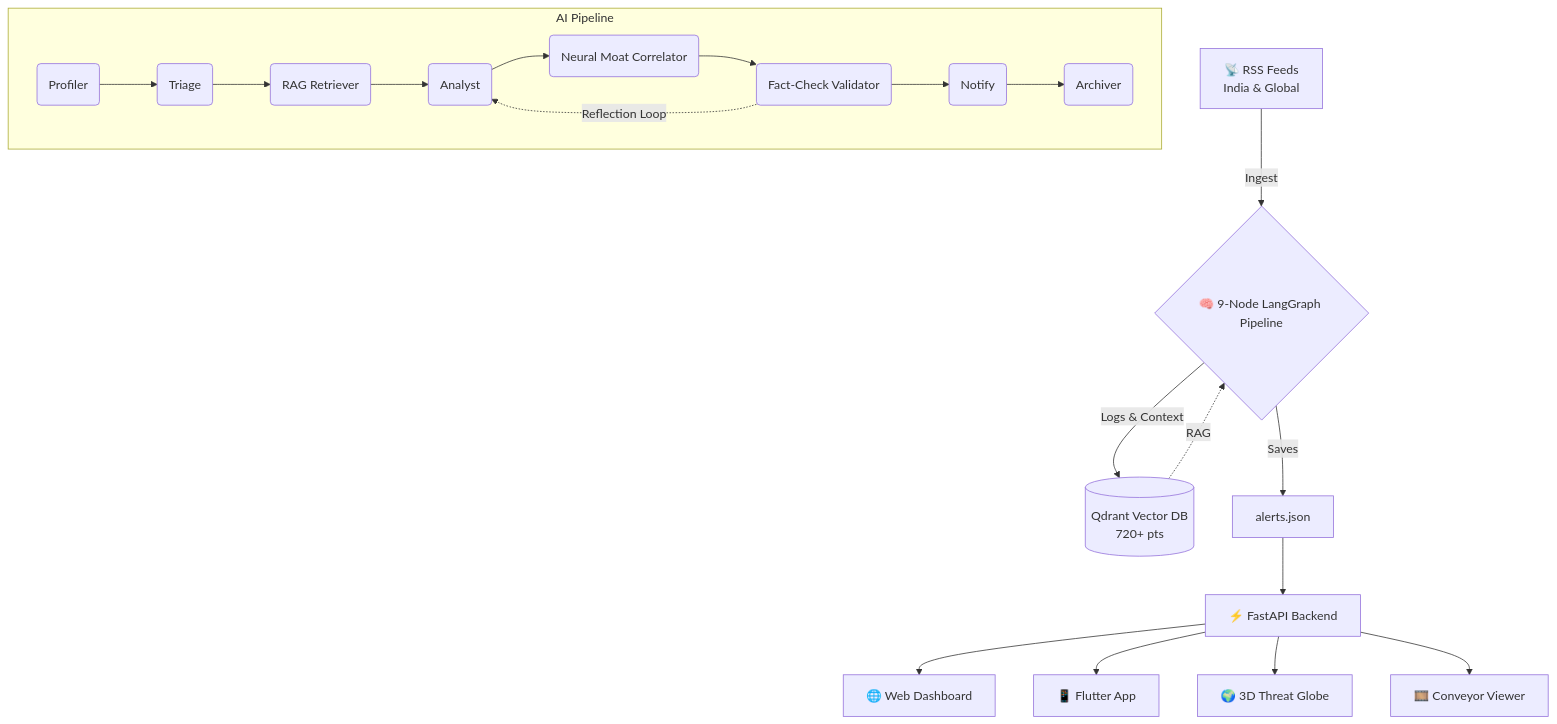
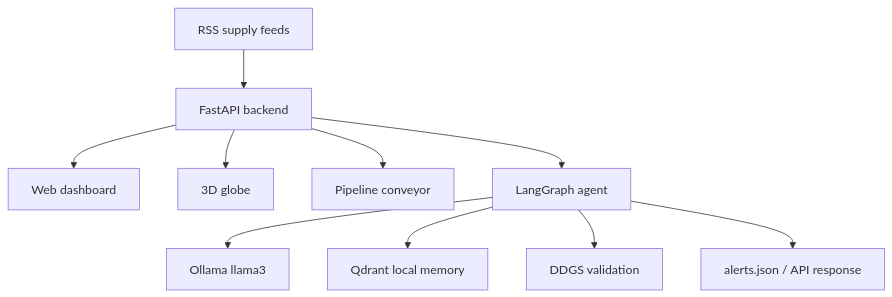
The diagram in README.md (pranavmacha/Google-Solution-Challenge), drawn with Mermaid before and after one commit. The commit also changed other lines of this file and 14 other files, not shown here.

````diff
--- a/README.md
+++ b/README.md
@@ -42,25 +19,12 @@
 ```mermaid
 graph TD
-    A[📡 RSS Feeds<br>India & Global] -->|Ingest| B{🧠 9-Node LangGraph Pipeline}
-    
-    subgraph AI Pipeline
-    B1(Profiler) --> B2(Triage)
-    B2 --> B3(RAG Retriever)
-    B3 --> B4(Analyst)
-    B4 --> B5(Neural Moat Correlator)
-    B5 --> B6(Fact-Check Validator)
-    B6 -.->|Reflection Loop| B4
-    B6 --> B7(Notify)
-    B7 --> B8(Archiver)
-    end
-    
-    B -->|Logs & Context| C[(Qdrant Vector DB<br>720+ pts)]
-    C -.->|RAG| B
-    B -->|Saves| D[alerts.json]
-    
-    D --> E[⚡ FastAPI Backend]
-    E --> F[🌐 Web Dashboard]
-    E --> G[📱 Flutter App]
-    E --> H[🌍 3D Threat Globe]
-    E --> I[🎞️ Conveyor Viewer]
+    A[RSS supply feeds] --> B[FastAPI backend]
+    B --> C[Web dashboard]
+    B --> D[3D globe]
+    B --> E[Pipeline conveyor]
+    B --> F[LangGraph agent]
+    F --> G[Ollama llama3]
+    F --> H[Qdrant local memory]
+    F --> I[DDGS validation]
+    F --> J[alerts.json / API response]
 ```
````
